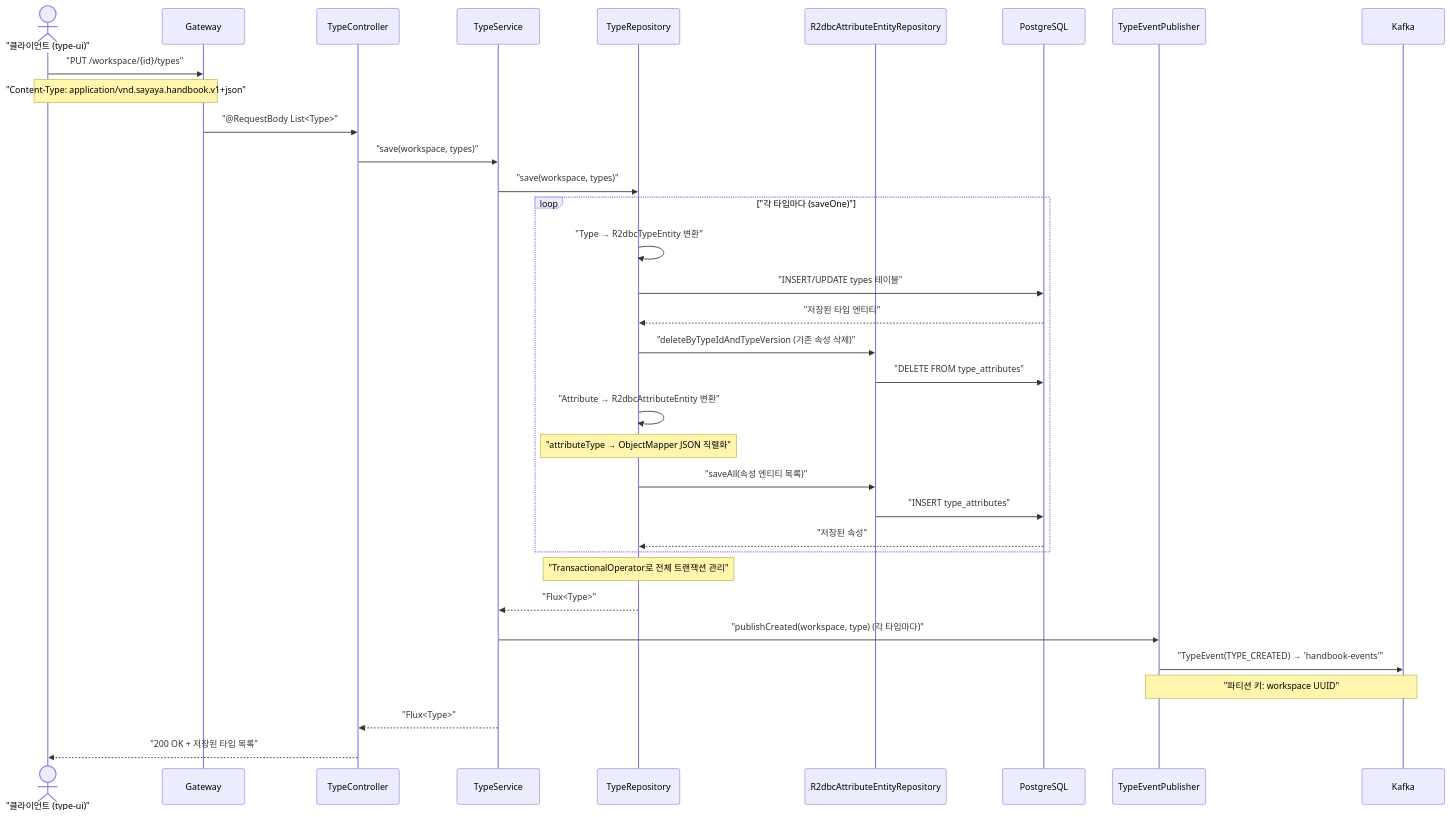
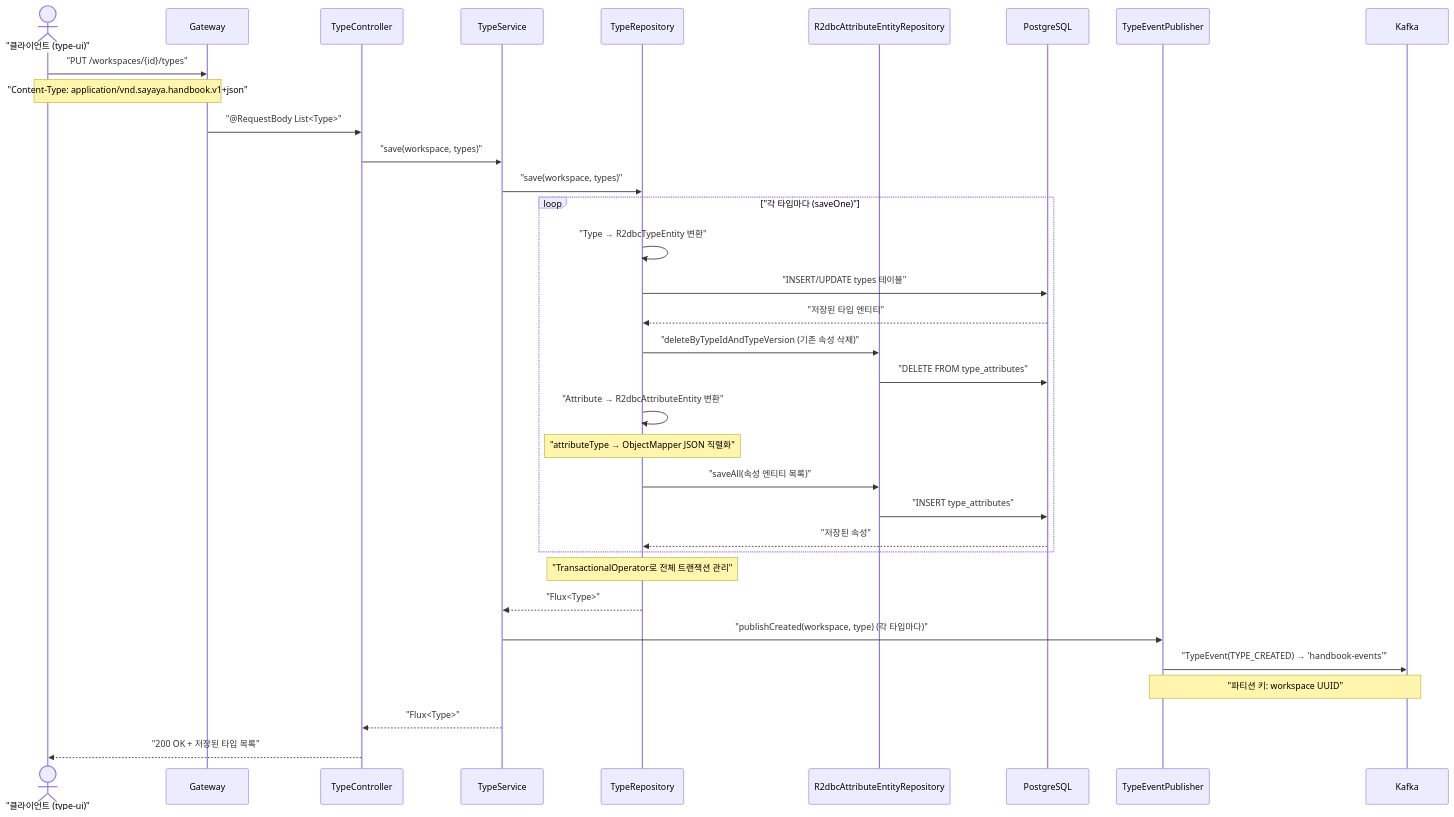
One commit to sayaya1090/handbook changed the first of 4 diagrams in type-command/USECASE.md. Above: the diagram before and after it, drawn with Mermaid. The commit also changed other lines of this file and 58 other files, not shown here.

````diff
--- a/type-command/USECASE.md
+++ b/type-command/USECASE.md
@@ -5,37 +5,37 @@
 ```mermaid
 sequenceDiagram
     actor Client as "클라이언트 (type-ui)"
     participant GW as Gateway
     participant Ctrl as TypeController
     participant Svc as TypeService
     participant Repo as TypeRepository
     participant AttrRepo as R2dbcAttributeEntityRepository
     participant DB as PostgreSQL
     participant Pub as TypeEventPublisher
     participant Kafka as Kafka
 
-    Client->>GW: "PUT /workspace/{id}/types"
+    Client->>GW: "PUT /workspaces/{id}/types"
     Note over Client,GW: "Content-Type: application/vnd.sayaya.handbook.v1+json"
     GW->>Ctrl: "@RequestBody List<Type>"
     Ctrl->>Svc: "save(workspace, types)"
     Svc->>Repo: "save(workspace, types)"
     loop "각 타입마다 (saveOne)"
         Repo->>Repo: "Type → R2dbcTypeEntity 변환"
         Repo->>DB: "INSERT/UPDATE types 테이블"
         DB-->>Repo: "저장된 타입 엔티티"
         Repo->>AttrRepo: "deleteByTypeIdAndTypeVersion (기존 속성 삭제)"
         AttrRepo->>DB: "DELETE FROM type_attributes"
         Repo->>Repo: "Attribute → R2dbcAttributeEntity 변환"
         Note over Repo: "attributeType → ObjectMapper JSON 직렬화"
         Repo->>AttrRepo: "saveAll(속성 엔티티 목록)"
         AttrRepo->>DB: "INSERT type_attributes"
         DB-->>Repo: "저장된 속성"
     end
     Note over Repo: "TransactionalOperator로 전체 트랜잭션 관리"
     Repo-->>Svc: "Flux<Type>"
     Svc->>Pub: "publishCreated(workspace, type) (각 타입마다)"
     Pub->>Kafka: "TypeEvent(TYPE_CREATED) → 'handbook-events'"
     Note over Pub,Kafka: "파티션 키: workspace UUID"
     Svc-->>Ctrl: "Flux<Type>"
     Ctrl-->>Client: "200 OK + 저장된 타입 목록"
 ```
````
